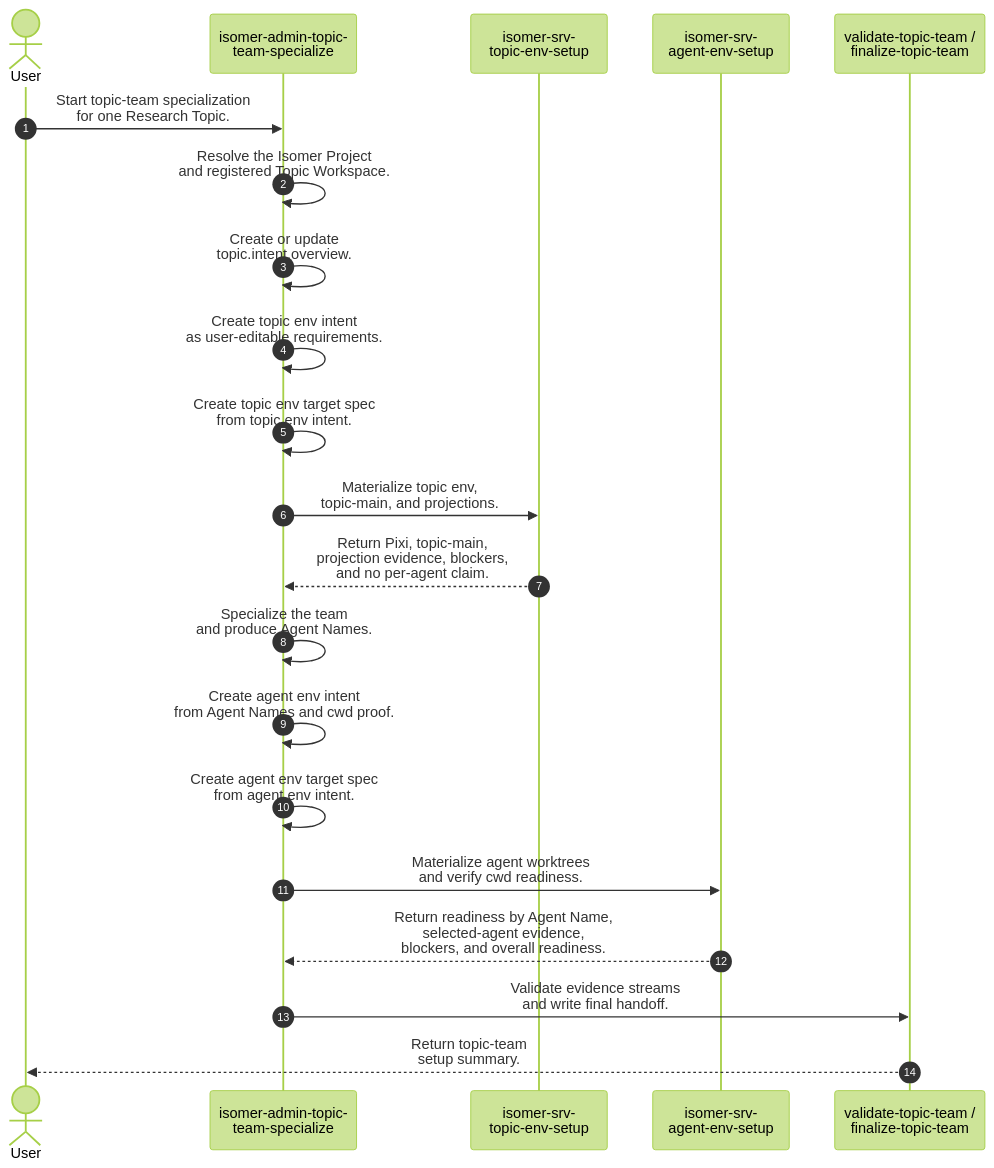
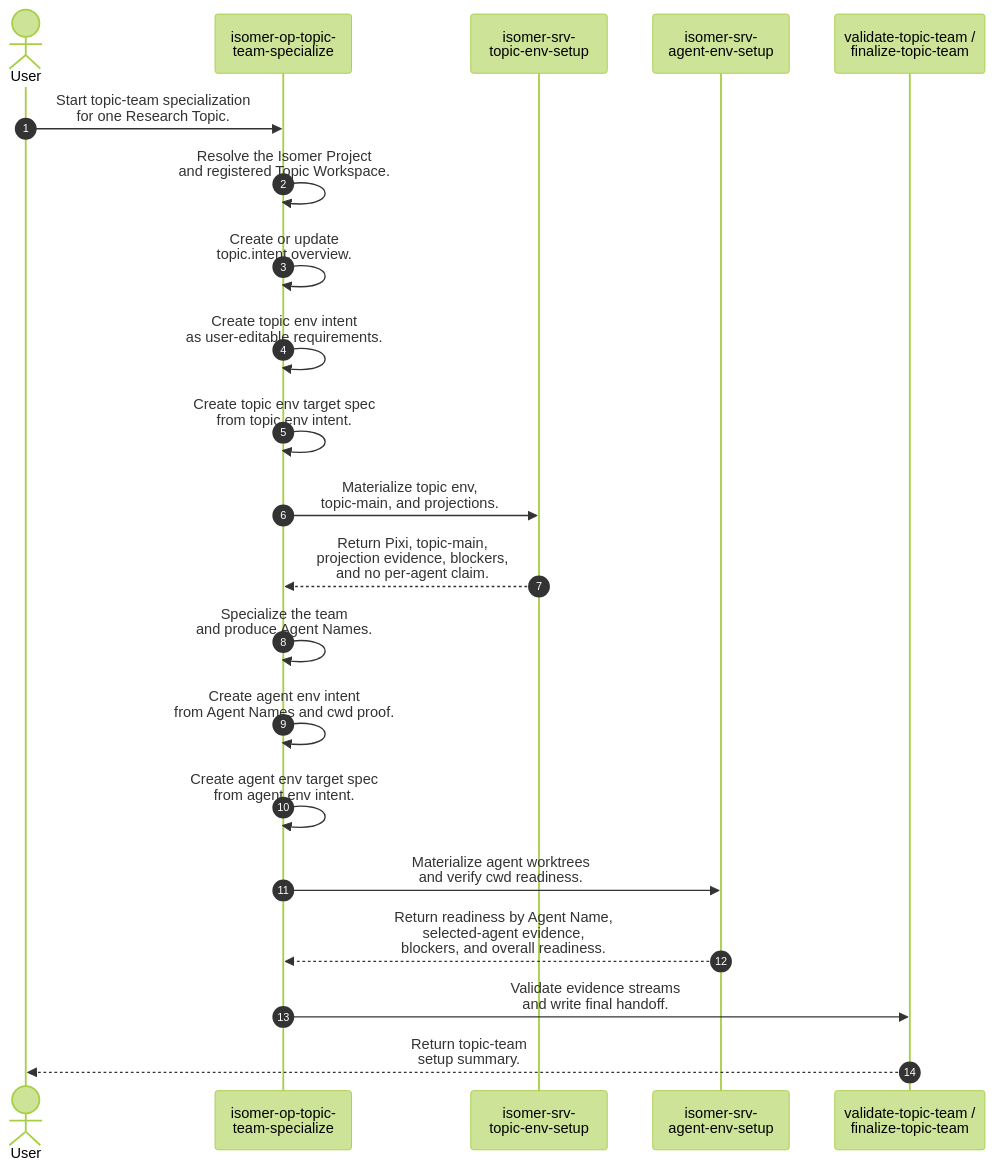
The first of 2 diagrams in context/design/skill-process/team-specialization.md (CodeGandee/isomer-labs), drawn with Mermaid (forest theme) before and after one commit. The commit also changed other lines of this file and 1211 other files, not shown here.

````diff
--- a/context/design/skill-process/team-specialization.md
+++ b/context/design/skill-process/team-specialization.md
@@ -31,24 +31,24 @@
 ```mermaid
 sequenceDiagram
     autonumber
     actor U as User
-    participant T as isomer-admin-topic-<br/>team-specialize
+    participant T as isomer-op-topic-<br/>team-specialize
     participant TE as isomer-srv-<br/>topic-env-setup
     participant AE as isomer-srv-<br/>agent-env-setup
     participant F as validate-topic-team /<br/>finalize-topic-team
 
     U->>T: Start topic-team specialization<br/>for one Research Topic.
     T->>T: Resolve the Isomer Project<br/>and registered Topic Workspace.
     T->>T: Create or update<br/>topic.intent.overview.
     T->>T: Create topic env intent<br/>as user-editable requirements.
     T->>T: Create topic env target spec<br/>from topic env intent.
     T->>TE: Materialize topic env,<br/>topic-main, and projections.
     TE-->>T: Return Pixi, topic-main,<br/>projection evidence, blockers,<br/>and no per-agent claim.
     T->>T: Specialize the team<br/>and produce Agent Names.
     T->>T: Create agent env intent<br/>from Agent Names and cwd proof.
     T->>T: Create agent env target spec<br/>from agent env intent.
     T->>AE: Materialize agent worktrees<br/>and verify cwd readiness.
     AE-->>T: Return readiness by Agent Name,<br/>selected-agent evidence,<br/>blockers, and overall readiness.
     T->>F: Validate evidence streams<br/>and write final handoff.
     F-->>U: Return topic-team<br/>setup summary.
 ```
````
